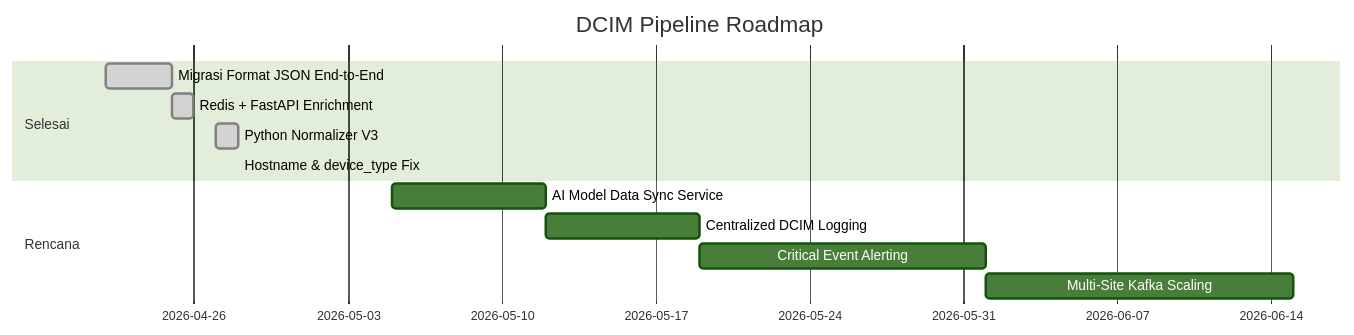
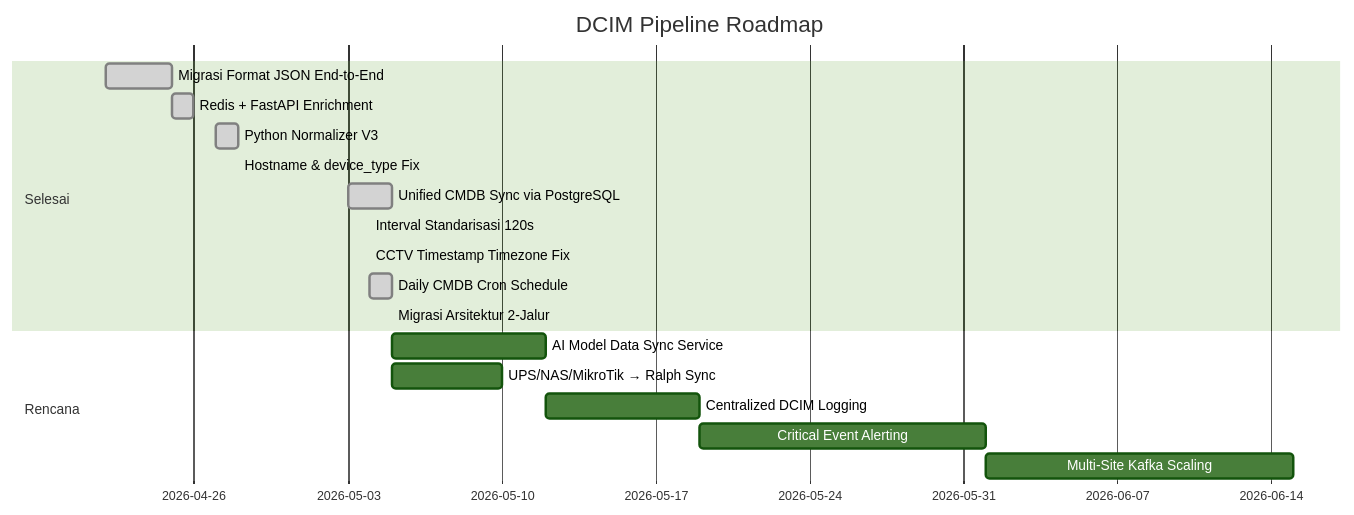
Before and after one commit to Chefinox/DCIM_SRV_DATA_COLLECTION: the second of 2 diagrams in docs/19-kafka-pipeline-architecture.md, drawn with Mermaid (forest theme). The commit also changed other lines of this file and 143 other files, not shown here.

Commit message:
feat: complete Phase 2 modular architecture and AI project structure baseline

````diff
--- a/docs/19-kafka-pipeline-architecture.md
+++ b/docs/19-kafka-pipeline-architecture.md
@@ -401,15 +536,21 @@
 ```mermaid
 gantt
     title DCIM Pipeline Roadmap
     dateFormat  YYYY-MM-DD
     section Selesai
     Migrasi Format JSON End-to-End     :done, p1, 2026-04-22, 2026-04-25
     Redis + FastAPI Enrichment         :done, p2, 2026-04-25, 2026-04-26
     Python Normalizer V3               :done, p3, 2026-04-27, 2026-04-28
     Hostname & device_type Fix         :done, p4, 2026-04-28, 2026-04-28
+    Unified CMDB Sync via PostgreSQL   :done, p9, 2026-05-03, 2026-05-05
+    Interval Standarisasi 120s         :done, p10, 2026-05-04, 2026-05-04
+    CCTV Timestamp Timezone Fix        :done, p11, 2026-05-04, 2026-05-04
+    Daily CMDB Cron Schedule           :done, p12, 2026-05-04, 2026-05-05
+    Migrasi Arsitektur 2-Jalur         :done, p14, 2026-05-05, 2026-05-05
     section Rencana
     AI Model Data Sync Service         :p5, 2026-05-05, 2026-05-12
+    UPS/NAS/MikroTik → Ralph Sync     :p13, 2026-05-05, 2026-05-10
     Centralized DCIM Logging           :p6, 2026-05-12, 2026-05-19
     Critical Event Alerting            :p7, 2026-05-19, 2026-06-01
     Multi-Site Kafka Scaling           :p8, 2026-06-01, 2026-06-15
 ```
````
